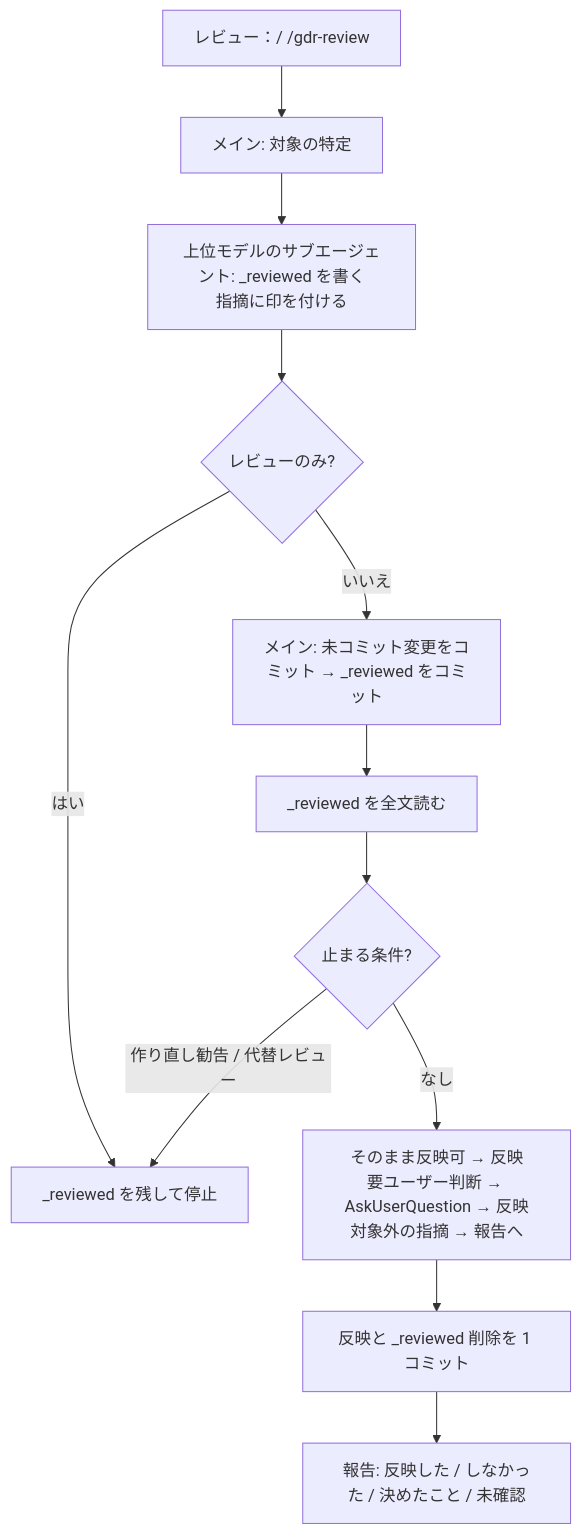
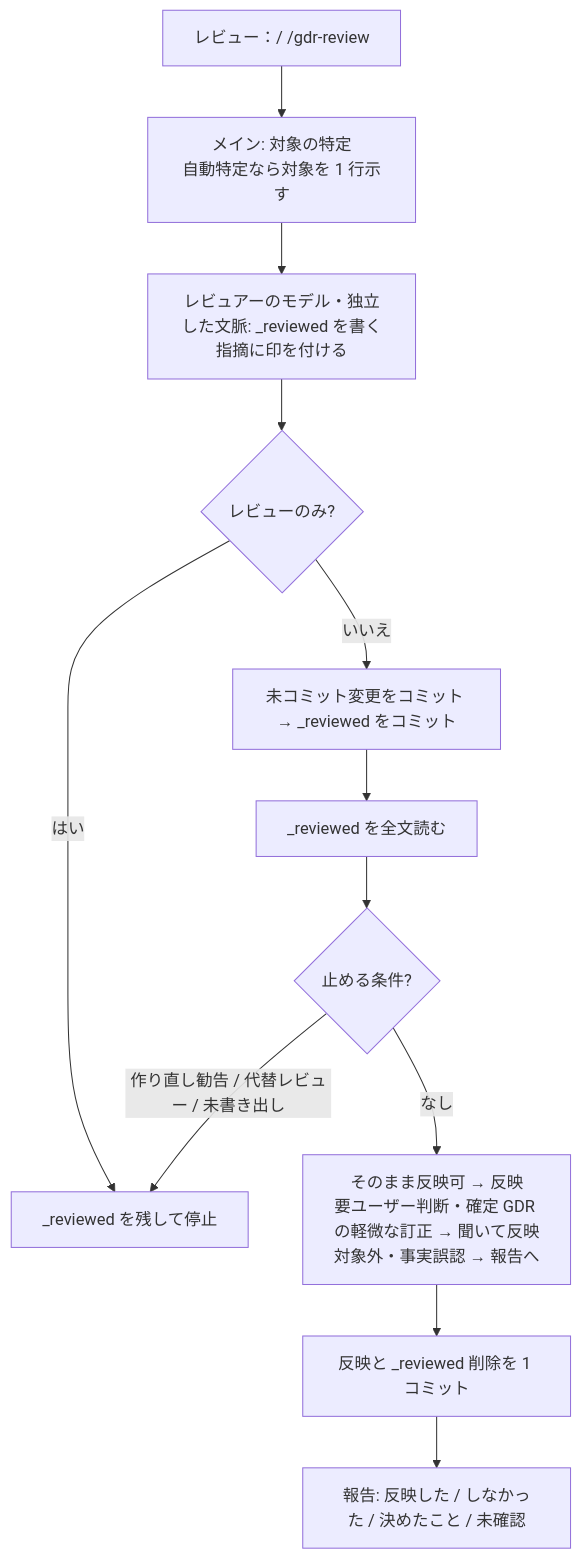
Before and after one commit to yoshinag/general-decision-record: the diagram in docs/ja/91_demo_buildup_documents.md/kaizen/14_レビューの上位モデル委任と反映のワンセット化提案.md, drawn with Mermaid. The commit also changed other lines of this file and 1 other file, not shown here.

Commit message:
docs(kaizen): apply review of proposal 14

````diff
--- a/docs/ja/91_demo_buildup_documents.md/kaizen/14_レビューの上位モデル委任と反映のワンセット化提案.md
+++ b/docs/ja/91_demo_buildup_documents.md/kaizen/14_レビューの上位モデル委任と反映のワンセット化提案.md
@@ -75,14 +88,14 @@
 ```mermaid
 flowchart TD
-  A[レビュー：/ /gdr-review] --> B[メイン: 対象の特定]
-  B --> C[上位モデルのサブエージェント: _reviewed を書く<br/>指摘に印を付ける]
+  A[レビュー：/ /gdr-review] --> B[メイン: 対象の特定<br/>自動特定なら対象を 1 行示す]
+  B --> C[レビュアーのモデル・独立した文脈: _reviewed を書く<br/>指摘に印を付ける]
   C --> D{レビューのみ?}
   D -- はい --> S[_reviewed を残して停止]
-  D -- いいえ --> E[メイン: 未コミット変更をコミット → _reviewed をコミット]
+  D -- いいえ --> E[未コミット変更をコミット → _reviewed をコミット]
   E --> F[_reviewed を全文読む]
-  F --> G{止まる条件?}
-  G -- 作り直し勧告 / 代替レビュー --> S
-  G -- なし --> H[そのまま反映可 → 反映<br/>要ユーザー判断 → AskUserQuestion → 反映<br/>対象外の指摘 → 報告へ]
+  F --> G{止める条件?}
+  G -- 作り直し勧告 / 代替レビュー / 未書き出し --> S
+  G -- なし --> H[そのまま反映可 → 反映<br/>要ユーザー判断・確定 GDR の軽微な訂正 → 聞いて反映<br/>対象外・事実誤認 → 報告へ]
   H --> I[反映と _reviewed 削除を 1 コミット]
   I --> J[報告: 反映した / しなかった / 決めたこと / 未確認]
 ```
````
